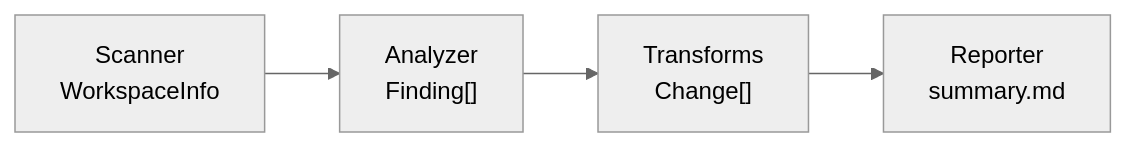
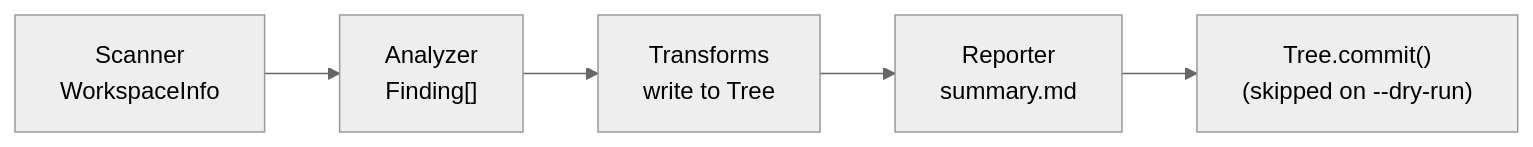
The first of 3 diagrams in design-docs/001-vitestify.md (testmex/testmex), drawn with Mermaid (neutral theme) before and after one commit. The commit also changed other lines of this file, not shown here.

````diff
--- a/design-docs/001-vitestify.md
+++ b/design-docs/001-vitestify.md
@@ -42,9 +42,10 @@
 ```mermaid
 flowchart LR
     Scan["Scanner<br>WorkspaceInfo"]
     Find["Analyzer<br>Finding[]"]
-    Change["Transforms<br>Change[]"]
+    Change["Transforms<br>write to Tree"]
     Report["Reporter<br>summary.md"]
+    Commit["Tree.commit()<br>(skipped on --dry-run)"]
 
-    Scan --> Find --> Change --> Report
+    Scan --> Find --> Change --> Report --> Commit
 ```
````
